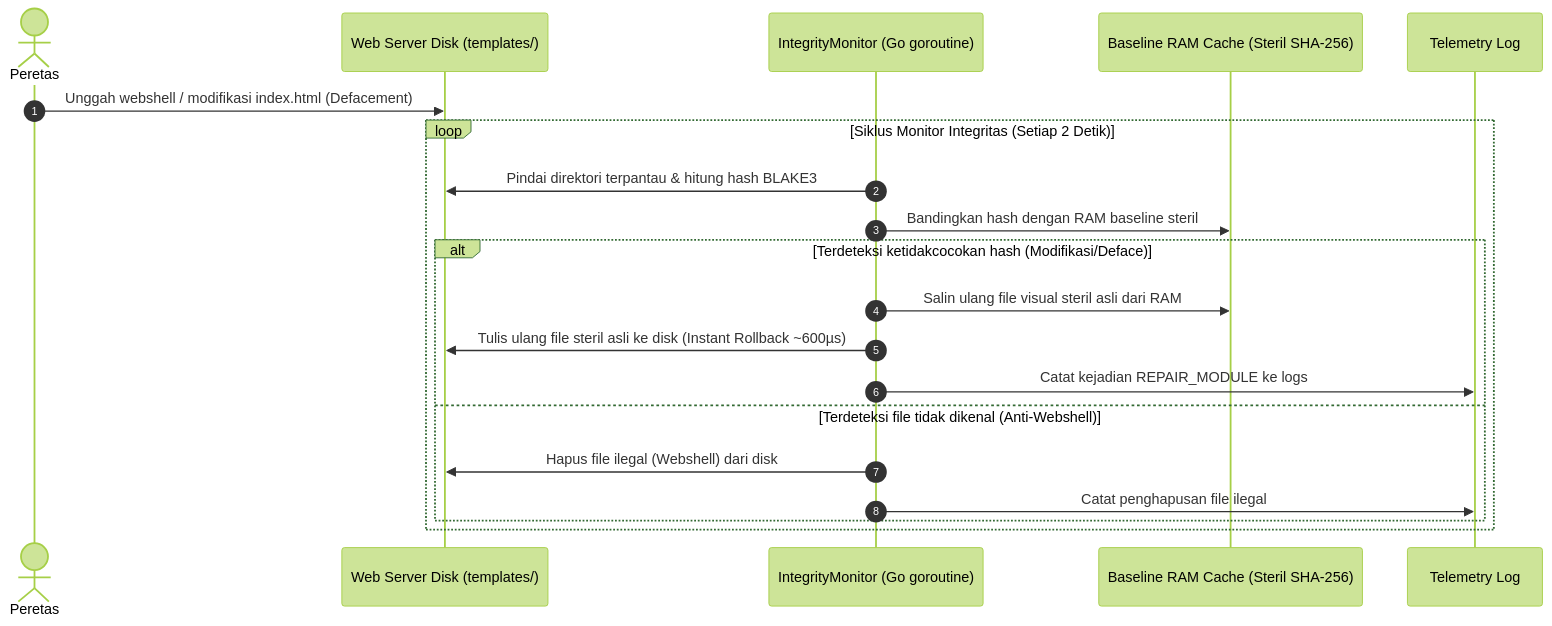
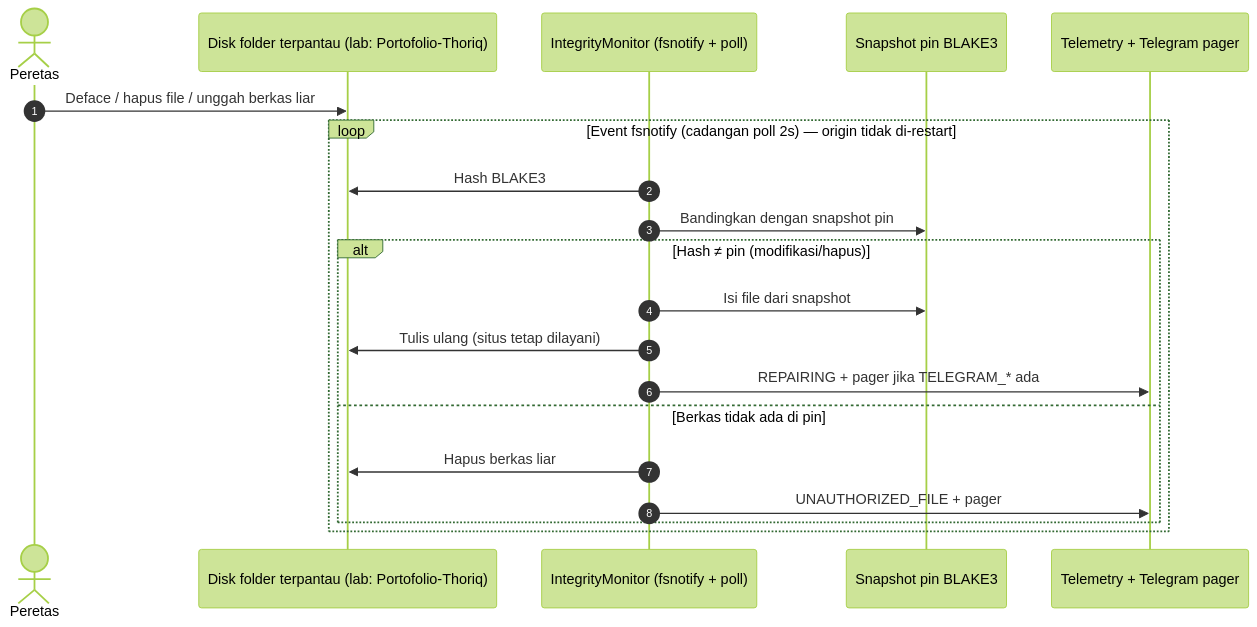
The fourth of 5 diagrams in docs/SOFTWARE_DESIGN_DOCUMENT.md (Thbetyfu/NEXUS-CYBER-FASE3), drawn with Mermaid (forest theme) before and after one commit. The commit also changed other lines of this file and 90 other files, not shown here.

First line of the commit message:
feat(lab): upsert ROUTER origin after PG sync and bind Playwright to WAF

````diff
--- a/docs/SOFTWARE_DESIGN_DOCUMENT.md
+++ b/docs/SOFTWARE_DESIGN_DOCUMENT.md
@@ -172,24 +172,24 @@
 ```mermaid
 sequenceDiagram
     autonumber
     actor Attacker as Peretas
-    participant Disk as Web Server Disk (templates/)
-    participant Monitor as IntegrityMonitor (Go goroutine)
-    participant RAM as Baseline RAM Cache (Steril SHA-256)
-    participant Log as Telemetry Log
+    participant Disk as Disk folder terpantau (lab: Portofolio-Thoriq)
+    participant Monitor as IntegrityMonitor (fsnotify + poll)
+    participant Pin as Snapshot pin BLAKE3
+    participant Log as Telemetry + Telegram pager
 
-    Attacker->>Disk: Unggah webshell / modifikasi index.html (Defacement)
+    Attacker->>Disk: Deface / hapus file / unggah berkas liar
     
-    loop Siklus Monitor Integritas (Setiap 2 Detik)
-        Monitor->>Disk: Pindai direktori terpantau & hitung hash BLAKE3
-        Monitor->>RAM: Bandingkan hash dengan RAM baseline steril
-        alt Terdeteksi ketidakcocokan hash (Modifikasi/Deface)
-            Monitor->>RAM: Salin ulang file visual steril asli dari RAM
-            Monitor->>Disk: Tulis ulang file steril asli ke disk (Instant Rollback ~600µs)
-            Monitor->>Log: Catat kejadian REPAIR_MODULE ke logs
-        else Terdeteksi file tidak dikenal (Anti-Webshell)
-            Monitor->>Disk: Hapus file ilegal (Webshell) dari disk
-            Monitor->>Log: Catat penghapusan file ilegal
+    loop Event fsnotify (cadangan poll 2s) — origin tidak di-restart
+        Monitor->>Disk: Hash BLAKE3
+        Monitor->>Pin: Bandingkan dengan snapshot pin
+        alt Hash ≠ pin (modifikasi/hapus)
+            Monitor->>Pin: Isi file dari snapshot
+            Monitor->>Disk: Tulis ulang (situs tetap dilayani)
+            Monitor->>Log: REPAIRING + pager jika TELEGRAM_* ada
+        else Berkas tidak ada di pin
+            Monitor->>Disk: Hapus berkas liar
+            Monitor->>Log: UNAUTHORIZED_FILE + pager
         end
     end
 ```
````
